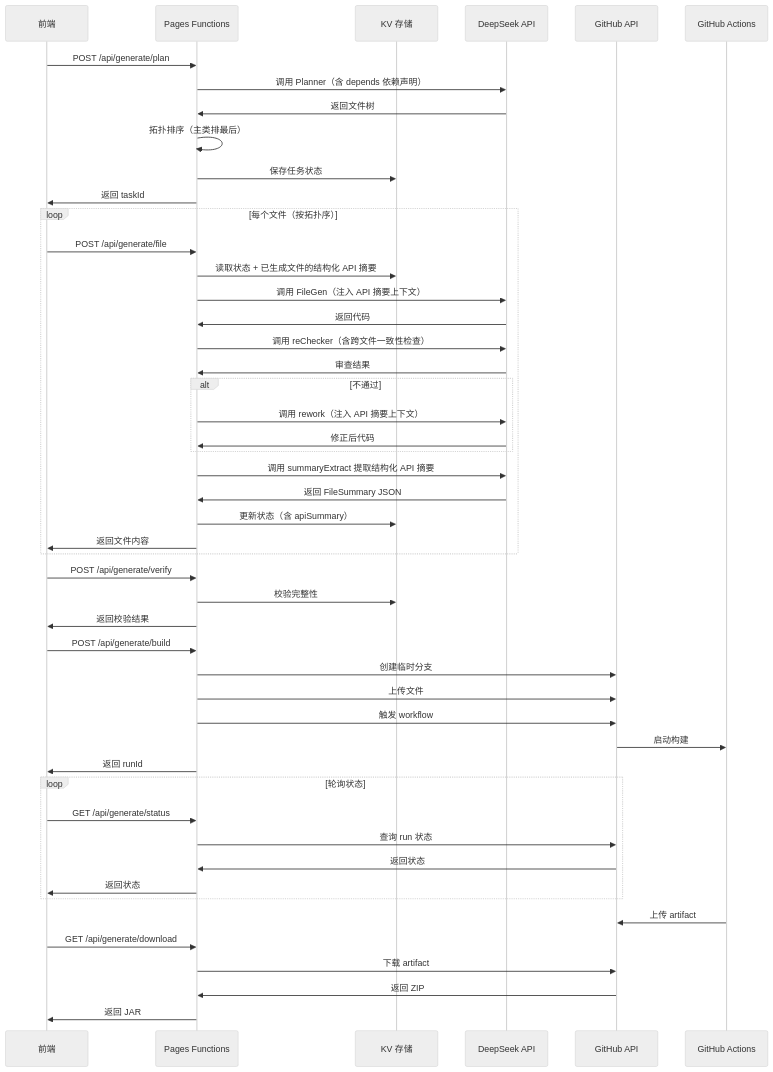
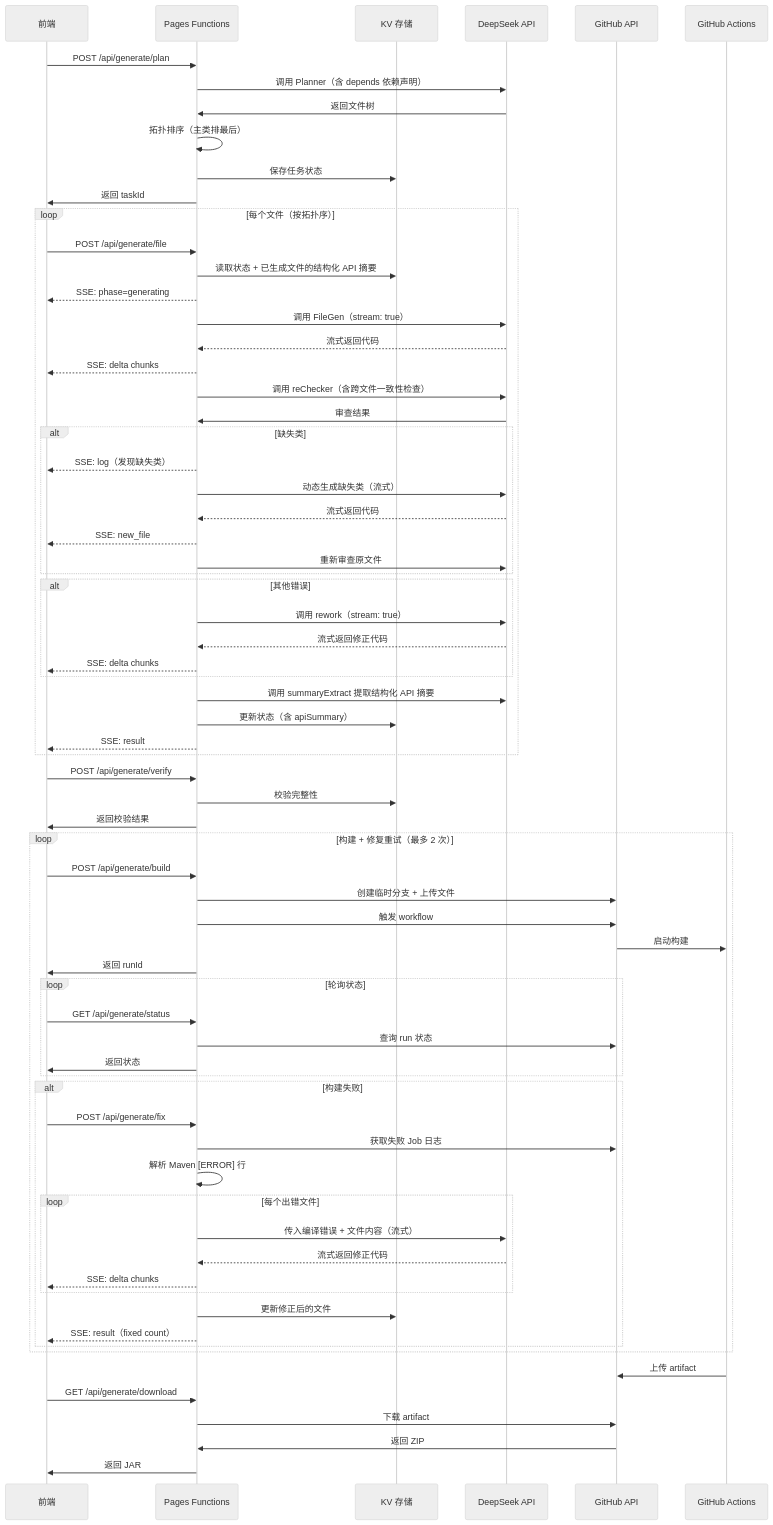
The third of 3 diagrams in docs/technical/architecture.md (superwfox/minecraft-dev), drawn with Mermaid (neutral theme) before and after one commit. The commit also changed other lines of this file and 10 other files, not shown here.

Commit message:
更新文档中的图标和字符集 | update icons and character set in docs

````diff
--- a/docs/technical/architecture.md
+++ b/docs/technical/architecture.md
@@ -165,57 +166,79 @@
 ```mermaid
 sequenceDiagram
     participant F as 前端
     participant API as Pages Functions
     participant KV as KV 存储
     participant AI as DeepSeek API
     participant GH as GitHub API
     participant GA as GitHub Actions
 
     F->>API: POST /api/generate/plan
     API->>AI: 调用 Planner（含 depends 依赖声明）
     AI->>API: 返回文件树
     API->>API: 拓扑排序（主类排最后）
     API->>KV: 保存任务状态
     API->>F: 返回 taskId
 
     loop 每个文件（按拓扑序）
         F->>API: POST /api/generate/file
         API->>KV: 读取状态 + 已生成文件的结构化 API 摘要
-        API->>AI: 调用 FileGen（注入 API 摘要上下文）
-        AI->>API: 返回代码
+        API-->>F: SSE: phase=generating
+        API->>AI: 调用 FileGen（stream: true）
+        AI-->>API: 流式返回代码
+        API-->>F: SSE: delta chunks
         API->>AI: 调用 reChecker（含跨文件一致性检查）
         AI->>API: 审查结果
-        alt 不通过
-            API->>AI: 调用 rework（注入 API 摘要上下文）
-            AI->>API: 修正后代码
+        alt 缺失类
+            API-->>F: SSE: log（发现缺失类）
+            API->>AI: 动态生成缺失类（流式）
+            AI-->>API: 流式返回代码
+            API-->>F: SSE: new_file
+            API->>AI: 重新审查原文件
+        end
+        alt 其他错误
+            API->>AI: 调用 rework（stream: true）
+            AI-->>API: 流式返回修正代码
+            API-->>F: SSE: delta chunks
         end
         API->>AI: 调用 summaryExtract 提取结构化 API 摘要
-        AI->>API: 返回 FileSummary JSON
         API->>KV: 更新状态（含 apiSummary）
-        API->>F: 返回文件内容
+        API-->>F: SSE: result
     end
 
     F->>API: POST /api/generate/verify
     API->>KV: 校验完整性
     API->>F: 返回校验结果
 
-    F->>API: POST /api/generate/build
-    API->>GH: 创建临时分支
-    API->>GH: 上传文件
-    API->>GH: 触发 workflow
-    GH->>GA: 启动构建
-    API->>F: 返回 runId
+    loop 构建 + 修复重试（最多 2 次）
+        F->>API: POST /api/generate/build
+        API->>GH: 创建临时分支 + 上传文件
+        API->>GH: 触发 workflow
+        GH->>GA: 启动构建
+        API->>F: 返回 runId
 
-    loop 轮询状态
-        F->>API: GET /api/generate/status
-        API->>GH: 查询 run 状态
-        GH->>API: 返回状态
-        API->>F: 返回状态
+        loop 轮询状态
+            F->>API: GET /api/generate/status
+            API->>GH: 查询 run 状态
+            API->>F: 返回状态
+        end
+
+        alt 构建失败
+            F->>API: POST /api/generate/fix
+            API->>GH: 获取失败 Job 日志
+            API->>API: 解析 Maven [ERROR] 行
+            loop 每个出错文件
+                API->>AI: 传入编译错误 + 文件内容（流式）
+                AI-->>API: 流式返回修正代码
+                API-->>F: SSE: delta chunks
+            end
+            API->>KV: 更新修正后的文件
+            API-->>F: SSE: result（fixed count）
+        end
     end
 
     GA->>GH: 上传 artifact
     F->>API: GET /api/generate/download
     API->>GH: 下载 artifact
     GH->>API: 返回 ZIP
     API->>F: 返回 JAR
 ```
````
